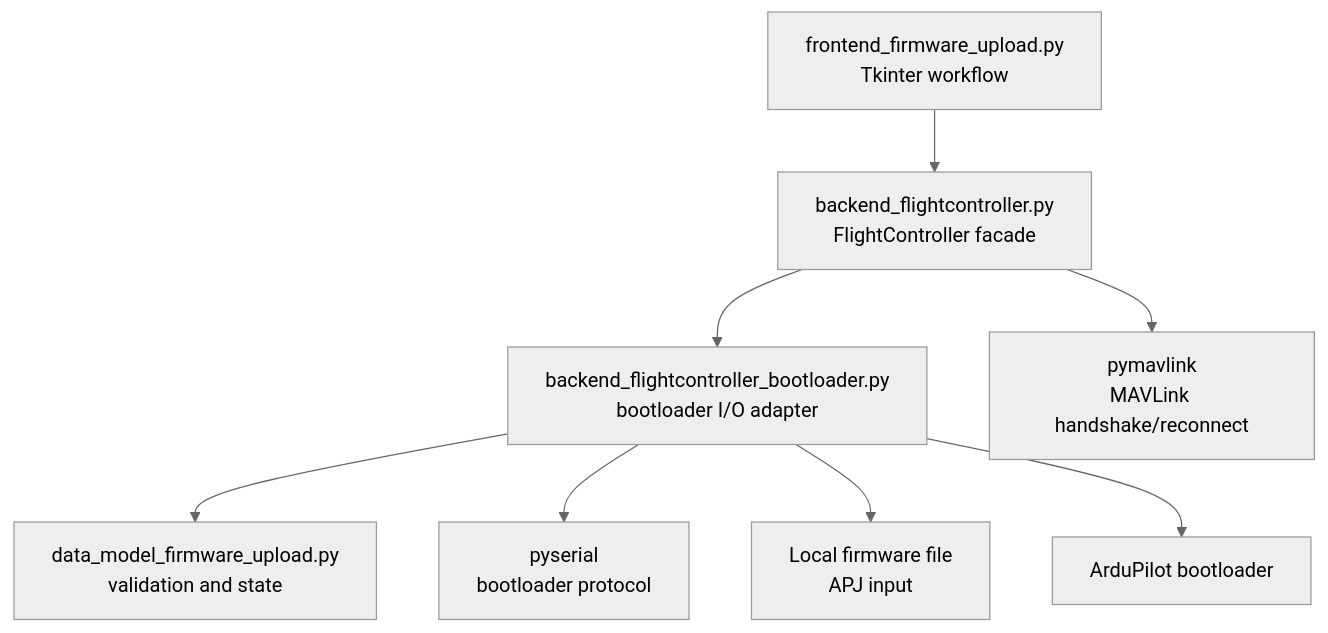
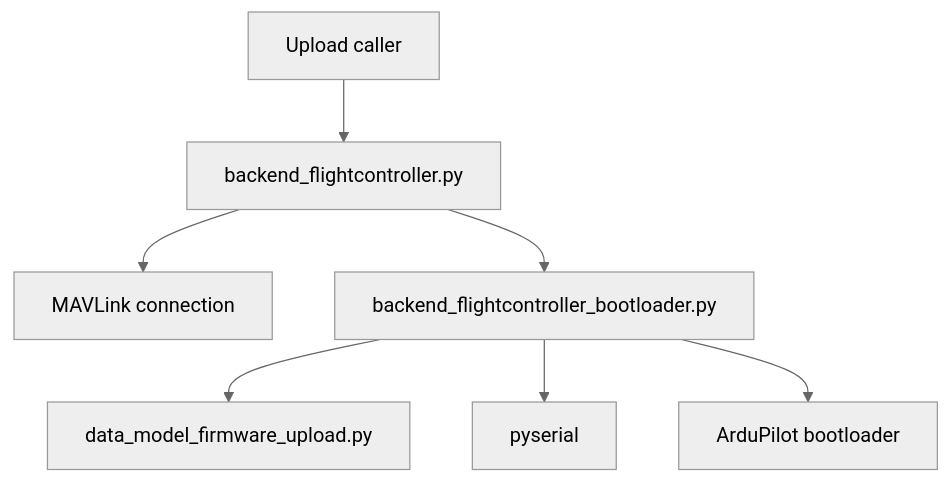
One commit to ArduPilot/MethodicConfigurator changed the diagram in ARCHITECTURE_firmware_upload.md. Above: the diagram before and after it, drawn with Mermaid (neutral theme). The commit also changed other lines of this file and 9 other files, not shown here.

First line of the commit message:
fix(firmware-upload): harden discovery, recovery, and USB identity

````diff
--- a/ARCHITECTURE_firmware_upload.md
+++ b/ARCHITECTURE_firmware_upload.md
@@ -49,10 +9,9 @@
 ```mermaid
 flowchart TD
-    GUI[frontend_firmware_upload.py\nTkinter workflow] --> FACADE[backend_flightcontroller.py\nFlightController facade]
-    FACADE --> BACKEND[backend_flightcontroller_bootloader.py\nbootloader I/O adapter]
-    BACKEND --> MODEL[data_model_firmware_upload.py\nvalidation and state]
-    FACADE --> MAV[pymavlink\nMAVLink handshake/reconnect]
-    BACKEND --> SERIAL[pyserial\nbootloader protocol]
-    BACKEND --> FILE[Local firmware file\nAPJ input]
-    BACKEND --> FC[ArduPilot bootloader]
+    CALLER[Upload caller] --> FACADE[backend_flightcontroller.py]
+    FACADE --> MAV[MAVLink connection]
+    FACADE --> BOOT[backend_flightcontroller_bootloader.py]
+    BOOT --> MODEL[data_model_firmware_upload.py]
+    BOOT --> SERIAL[pyserial]
+    BOOT --> FC[ArduPilot bootloader]
 ```
````
